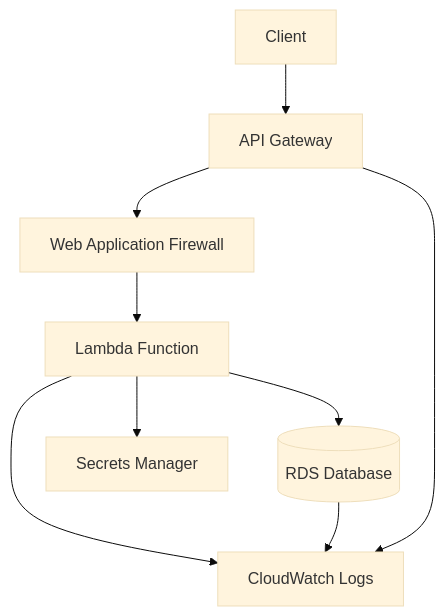
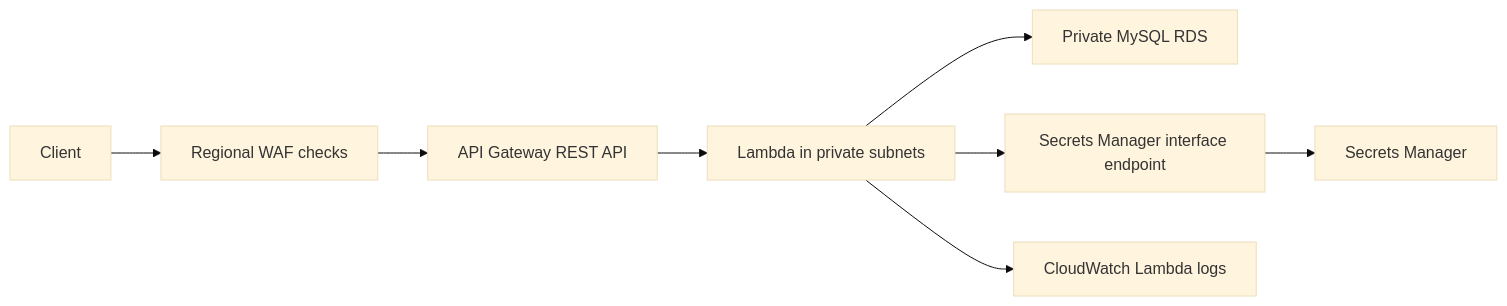
Before and after one commit to pantelovich/serverless-secure-webapp: the second of 2 diagrams in README.md, drawn with Mermaid (base theme). The commit also changed other lines of this file and 27 other files, not shown here.

````diff
--- a/README.md
+++ b/README.md
@@ -15,11 +71,10 @@
 ```mermaid
-flowchart TD
-    Client[Client] --> APIGW[API Gateway]
-    APIGW --> WAF[Web Application Firewall]
-    WAF --> Lambda[Lambda Function]
-    Lambda --> RDS[(RDS Database)]
-    Lambda --> Secrets[Secrets Manager]
-    Lambda --> CloudWatch[CloudWatch Logs]
-    RDS --> CloudWatch
-    APIGW --> CloudWatch
+flowchart LR
+    U[Client] --> W[Regional WAF checks]
+    W --> A[API Gateway REST API]
+    A --> L[Lambda in private subnets]
+    L --> R[Private MySQL RDS]
+    L --> V[Secrets Manager interface endpoint]
+    V --> S[Secrets Manager]
+    L --> C[CloudWatch Lambda logs]
 ```
````
